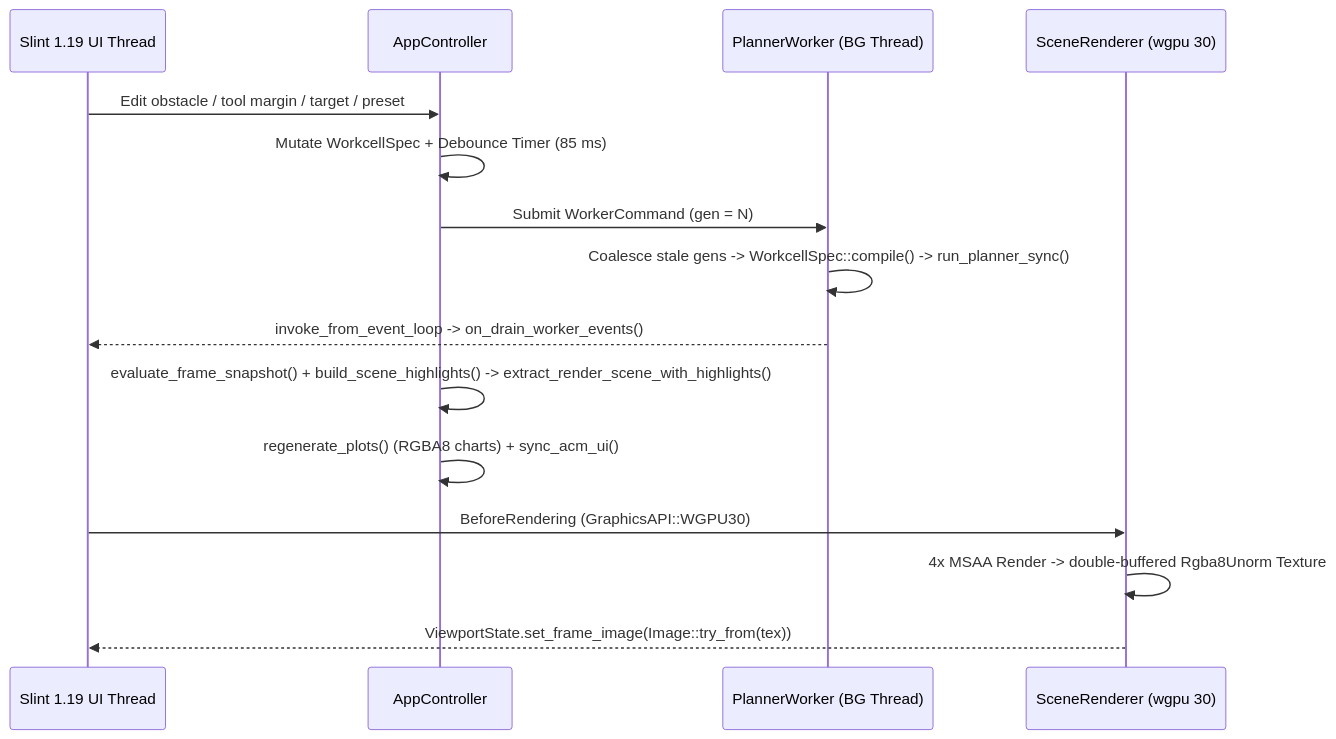
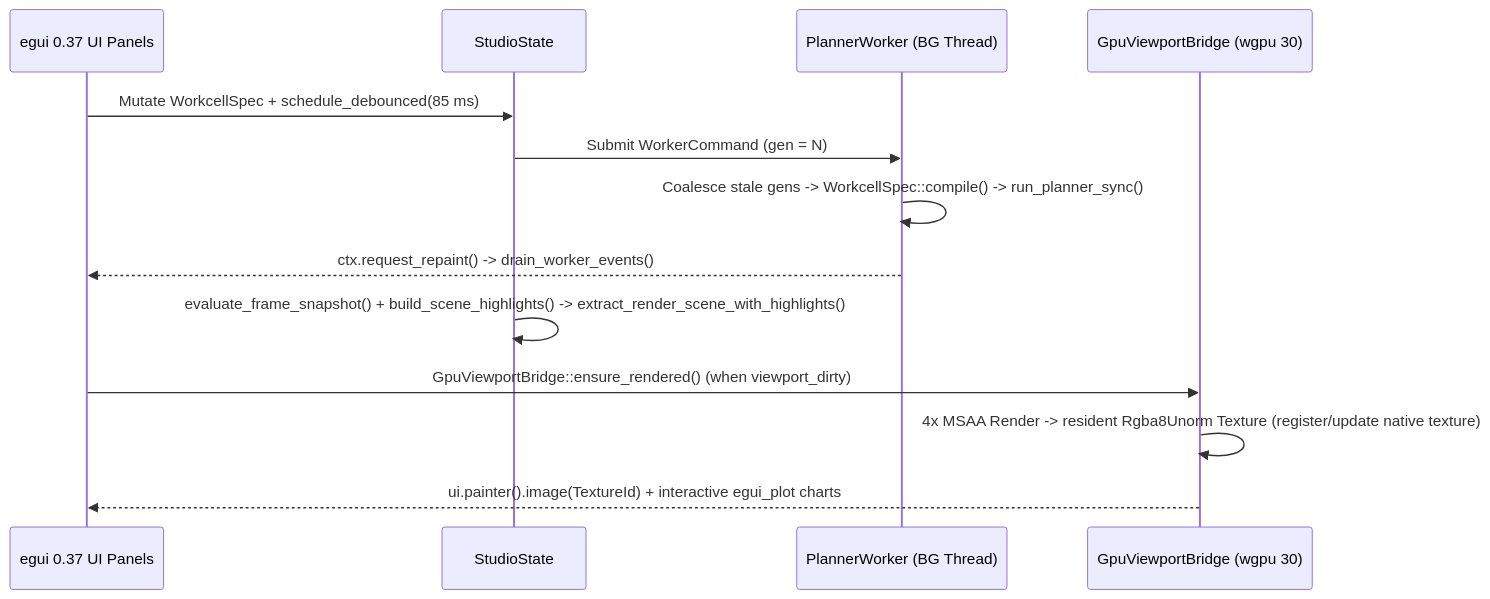
The fourth of 4 diagrams in docs/CODE_FLOW.md (imesper/unrust-it), drawn with Mermaid before and after one commit. The commit also changed other lines of this file and 37 other files, not shown here.

Commit message:
feat(visualizer): migrate Desktop Studio from Slint to egui/eframe 0.37 + zero-copy wgpu 30 + egui_plot

````diff
--- a/docs/CODE_FLOW.md
+++ b/docs/CODE_FLOW.md
@@ -142,18 +142,16 @@
 ```mermaid
 sequenceDiagram
-    participant UI as Slint 1.19 UI Thread
-    participant CTRL as AppController
+    participant UI as egui 0.37 UI Panels
+    participant ST as StudioState
     participant WRK as PlannerWorker (BG Thread)
-    participant GPU as SceneRenderer (wgpu 30)
+    participant GPU as GpuViewportBridge (wgpu 30)
 
-    UI->>CTRL: Edit obstacle / tool margin / target / preset
-    CTRL->>CTRL: Mutate WorkcellSpec + Debounce Timer (85 ms)
-    CTRL->>WRK: Submit WorkerCommand (gen = N)
+    UI->>ST: Mutate WorkcellSpec + schedule_debounced(85 ms)
+    ST->>WRK: Submit WorkerCommand (gen = N)
     WRK->>WRK: Coalesce stale gens -> WorkcellSpec::compile() -> run_planner_sync()
-    WRK-->>UI: invoke_from_event_loop -> on_drain_worker_events()
-    CTRL->>CTRL: evaluate_frame_snapshot() + build_scene_highlights() -> extract_render_scene_with_highlights()
-    CTRL->>CTRL: regenerate_plots() (RGBA8 charts) + sync_acm_ui()
-    UI->>GPU: BeforeRendering (GraphicsAPI::WGPU30)
-    GPU->>GPU: 4x MSAA Render -> double-buffered Rgba8Unorm Texture
-    GPU-->>UI: ViewportState.set_frame_image(Image::try_from(tex))
+    WRK-->>UI: ctx.request_repaint() -> drain_worker_events()
+    ST->>ST: evaluate_frame_snapshot() + build_scene_highlights() -> extract_render_scene_with_highlights()
+    UI->>GPU: GpuViewportBridge::ensure_rendered() (when viewport_dirty)
+    GPU->>GPU: 4x MSAA Render -> resident Rgba8Unorm Texture (register/update native texture)
+    GPU-->>UI: ui.painter().image(TextureId) + interactive egui_plot charts
 ```
````
